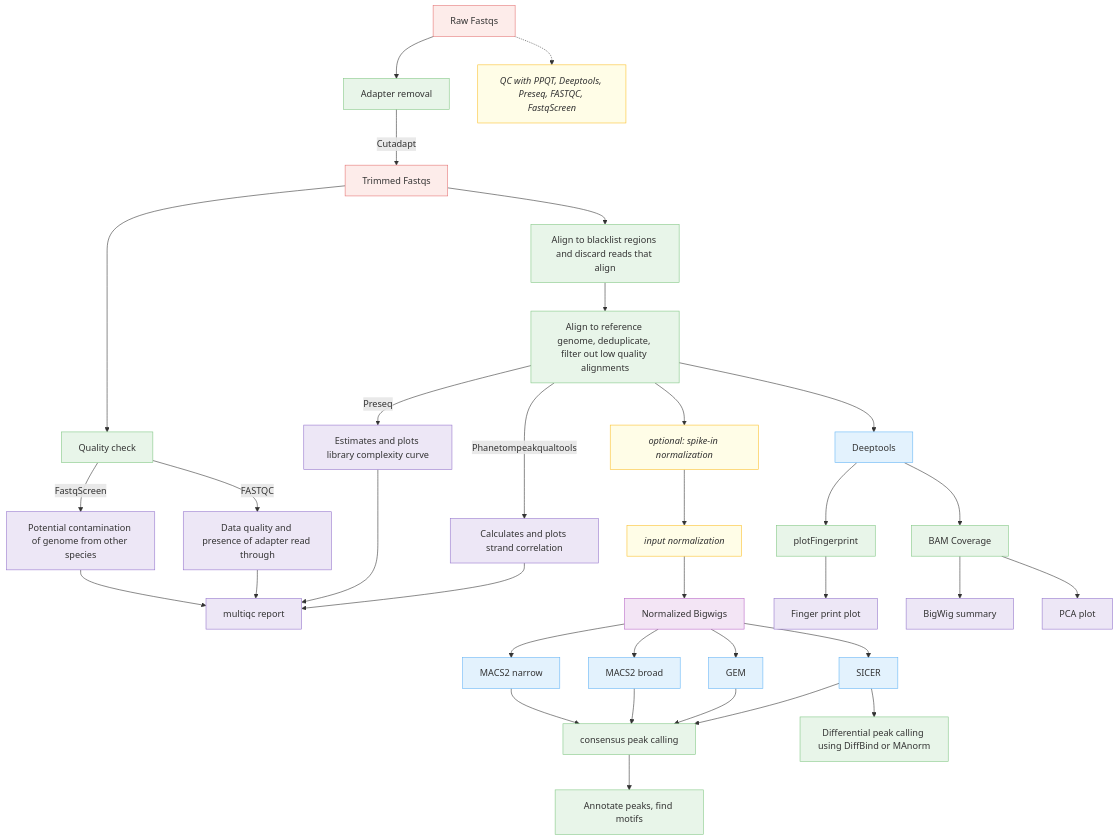
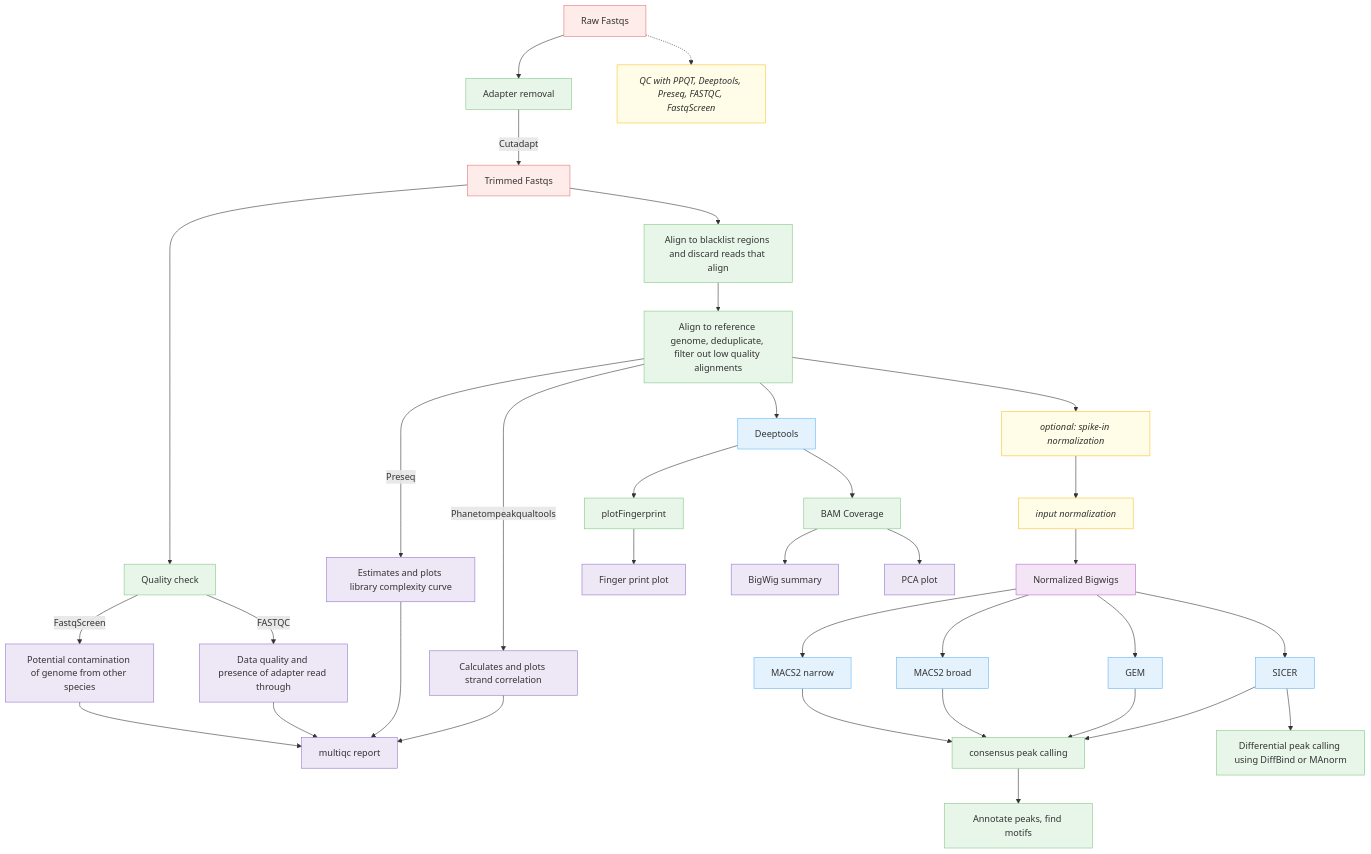
Before and after one commit to CCBR/CHAMPAGNE: the first of 2 diagrams in docs/diagram/index.md, drawn with Mermaid.

Commit message:
Another update.

````diff
--- a/docs/diagram/index.md
+++ b/docs/diagram/index.md
@@ -3,6 +3,8 @@
 ```mermaid
 
 flowchart TB
+
+%%{init: {'flowchart': {'nodeSpacing': 80, 'rankSpacing': 50}}}%%
 
   %% Input
   %%Raw["Raw Fastqs"]:::input -->|Adapter trimming| Trimmed["Trimmed Fastqs"]:::input
@@ -32,12 +34,12 @@
   %%Align["Align to reference genome, deduplicate, filter out low quality alignments"]:::process --> Preseq["Preseq"]:::tool
   Blacklist --> Align["Align to reference genome, deduplicate, filter out low quality alignments"]:::process
   %%Align --> Preseq["Preseq"]:::tool
-  Align --> |Preseq| Cc["Estimates and plots library complexity curve"]:::output
+  Align ----> |Preseq| Cc["Estimates and plots library complexity curve"]:::output
   Cc ---> MultiQC
 
   %% Phantompeakqualtools and alignment
   %%Align --> Ppqt["Phanetompeakqualtools"]:::tool
-  Align --> |Phanetompeakqualtools| Scc["Calculates and plots strand correlation"]:::output
+  Align ----> |Phanetompeakqualtools| Scc["Calculates and plots strand correlation"]:::output
   Scc --> MultiQC
 
   %% Spike-in normalization (optional)
````
